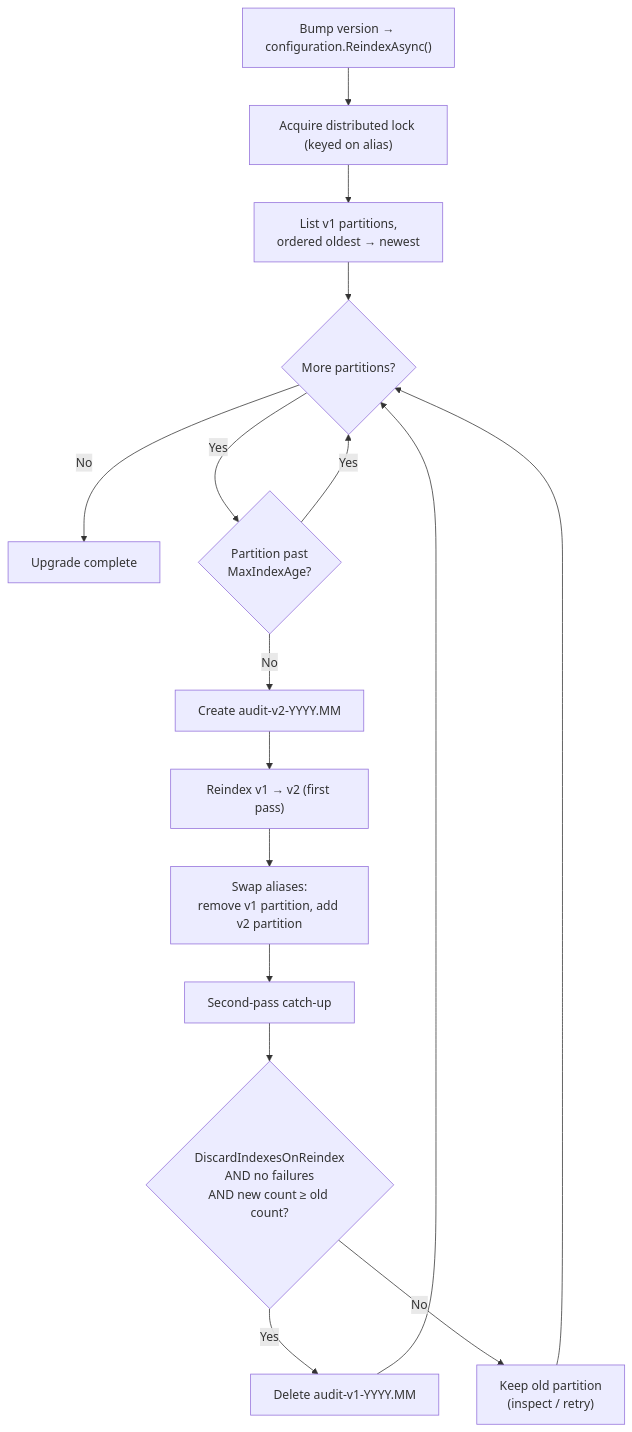
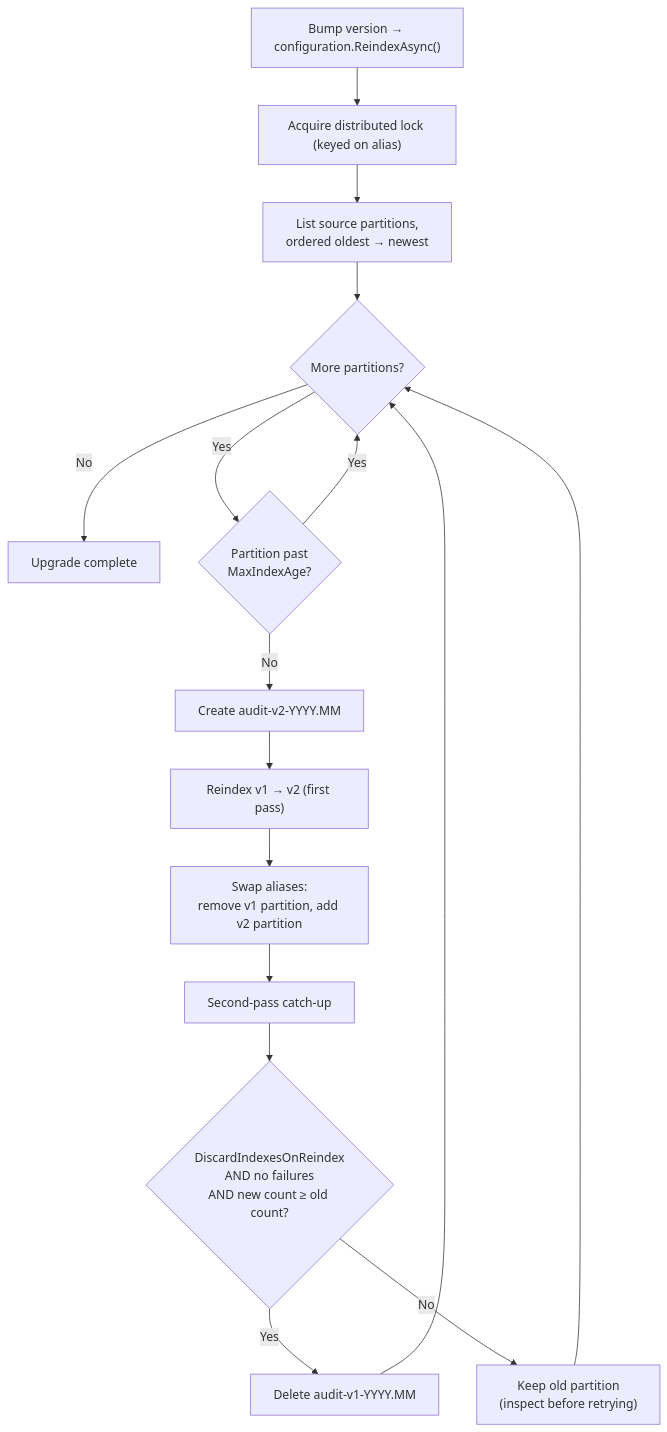
The fifth of 6 diagrams in docs/guide/index-management.md (FoundatioFx/Foundatio.Repositories), drawn with Mermaid before and after one commit. The commit also changed other lines of this file, not shown here.

````diff
--- a/docs/guide/index-management.md
+++ b/docs/guide/index-management.md
@@ -448,18 +447,18 @@
 ```mermaid
 flowchart TD
     Start["Bump version → configuration.ReindexAsync()"] --> Lock["Acquire distributed lock (keyed on alias)"]
-    Lock --> List["List v1 partitions,\nordered oldest → newest"]
+    Lock --> List["List source partitions,\nordered oldest → newest"]
     List --> Loop{"More partitions?"}
     Loop -->|No| Done["Upgrade complete"]
     Loop -->|Yes| Expired{"Partition past\nMaxIndexAge?"}
     Expired -->|Yes| Loop
     Expired -->|No| Create["Create audit-v2-YYYY.MM"]
     Create --> Reindex["Reindex v1 → v2 (first pass)"]
     Reindex --> Swap["Swap aliases:\nremove v1 partition, add v2 partition"]
     Swap --> Catchup["Second-pass catch-up"]
     Catchup --> Check{"DiscardIndexesOnReindex\nAND no failures\nAND new count ≥ old count?"}
     Check -->|Yes| Delete["Delete audit-v1-YYYY.MM"]
-    Check -->|No| Keep["Keep old partition\n(inspect / retry)"]
+    Check -->|No| Keep["Keep old partition\n(inspect before retrying)"]
     Delete --> Loop
     Keep --> Loop
 ```
````
